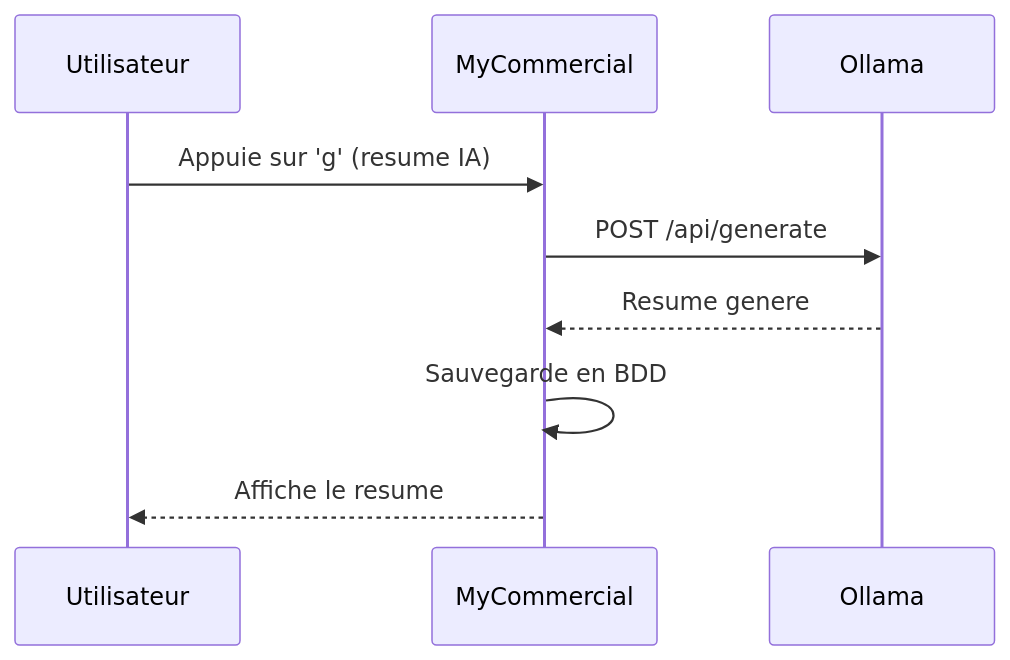
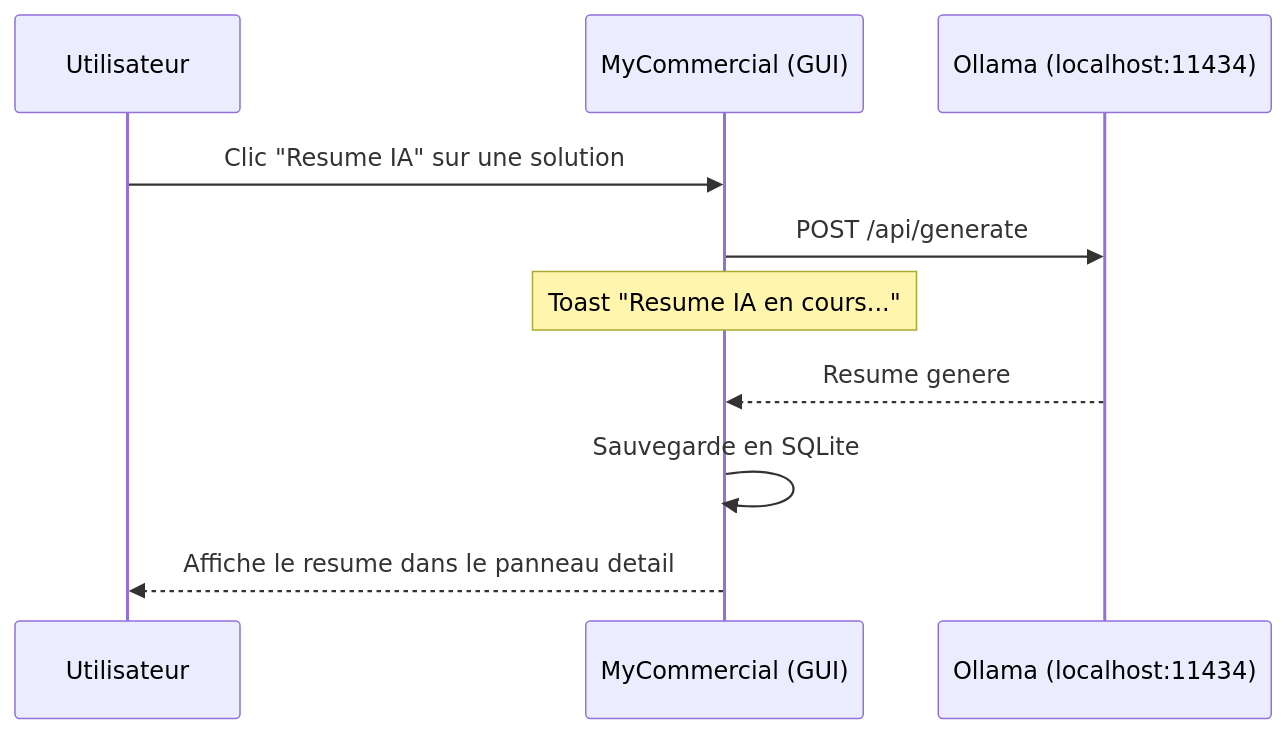
One commit to cve-solutions/MyCommercial changed the third of 4 diagrams in doc/INSTALLATION.md. Above: the diagram before and after it, drawn with Mermaid. The commit also changed other lines of this file and 3 other files, not shown here.

````diff
--- a/doc/INSTALLATION.md
+++ b/doc/INSTALLATION.md
@@ -211,12 +249,13 @@
 ```mermaid
 sequenceDiagram
     participant U as Utilisateur
-    participant MC as MyCommercial
-    participant OL as Ollama
+    participant MC as MyCommercial (GUI)
+    participant OL as Ollama (localhost:11434)
 
-    U->>MC: Appuie sur 'g' (resume IA)
+    U->>MC: Clic "Resume IA" sur une solution
     MC->>OL: POST /api/generate
+    Note over MC: Toast "Resume IA en cours..."
     OL-->>MC: Resume genere
-    MC->>MC: Sauvegarde en BDD
-    MC-->>U: Affiche le resume
+    MC->>MC: Sauvegarde en SQLite
+    MC-->>U: Affiche le resume dans le panneau detail
 ```
````
